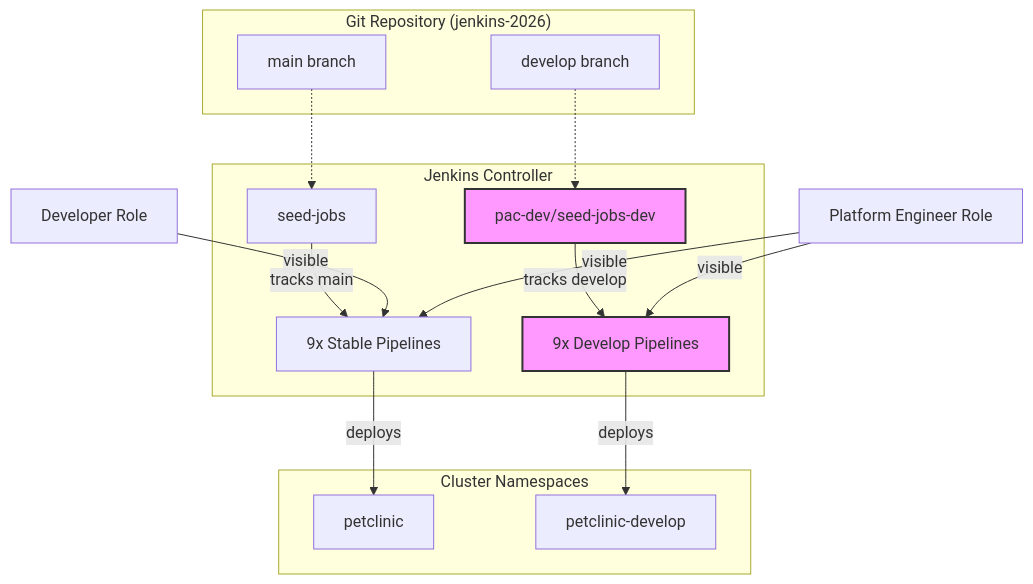
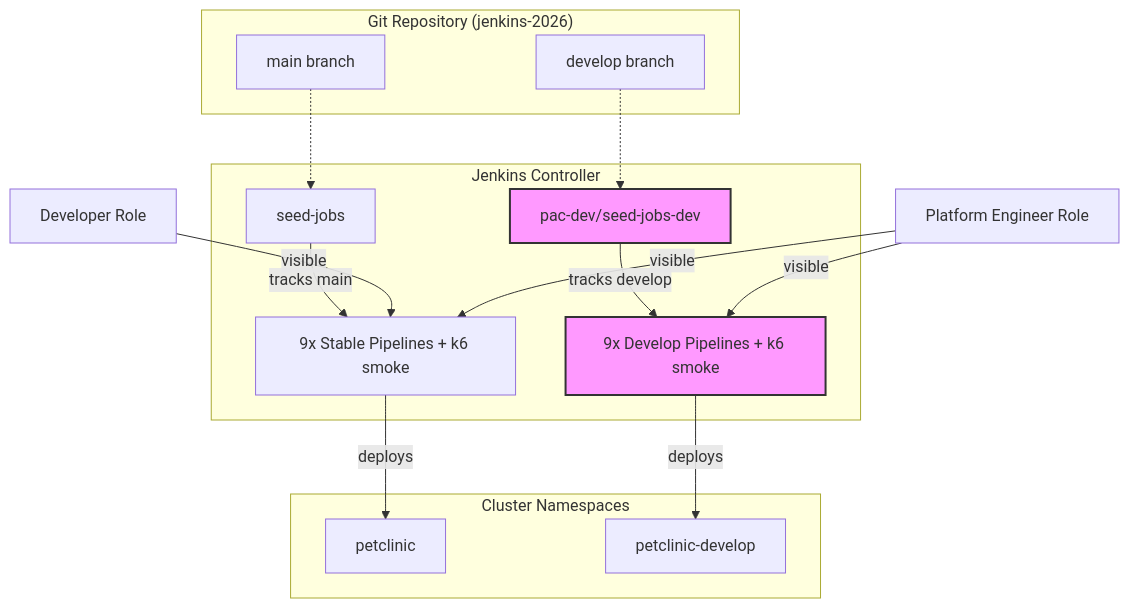
The diagram in README.md (nubenetes/jenkins-2026), drawn with Mermaid before and after one commit. The commit also changed other lines of this file and 7 other files, not shown here.

````diff
--- a/README.md
+++ b/README.md
@@ -285,24 +290,24 @@
 ```mermaid
 graph TD
     subgraph "Jenkins Controller"
-        SJ[seed-jobs] --> |tracks main| SP[9x Stable Pipelines]
-        SJD[pac-dev/seed-jobs-dev] --> |tracks develop| DP[9x Develop Pipelines]
+        SJ[seed-jobs] --> |tracks main| SP[9x Stable Pipelines + k6 smoke]
+        SJD[pac-dev/seed-jobs-dev] --> |tracks develop| DP[9x Develop Pipelines + k6 smoke]
     end
 
     subgraph "Cluster Namespaces"
         SP --> |deploys| NS_S[petclinic]
         DP --> |deploys| NS_D[petclinic-develop]
     end
 
     subgraph "Git Repository (jenkins-2026)"
         R_M[main branch] -.-> SJ
         R_D[develop branch] -.-> SJD
     end
 
     role_dev[Developer Role] --> |visible| SP
     role_pe[Platform Engineer Role] --> |visible| DP
     role_pe --> |visible| SP
     
     style DP fill:#f9f,stroke:#333,stroke-width:2px
     style SJD fill:#f9f,stroke:#333,stroke-width:2px
 ```
````
